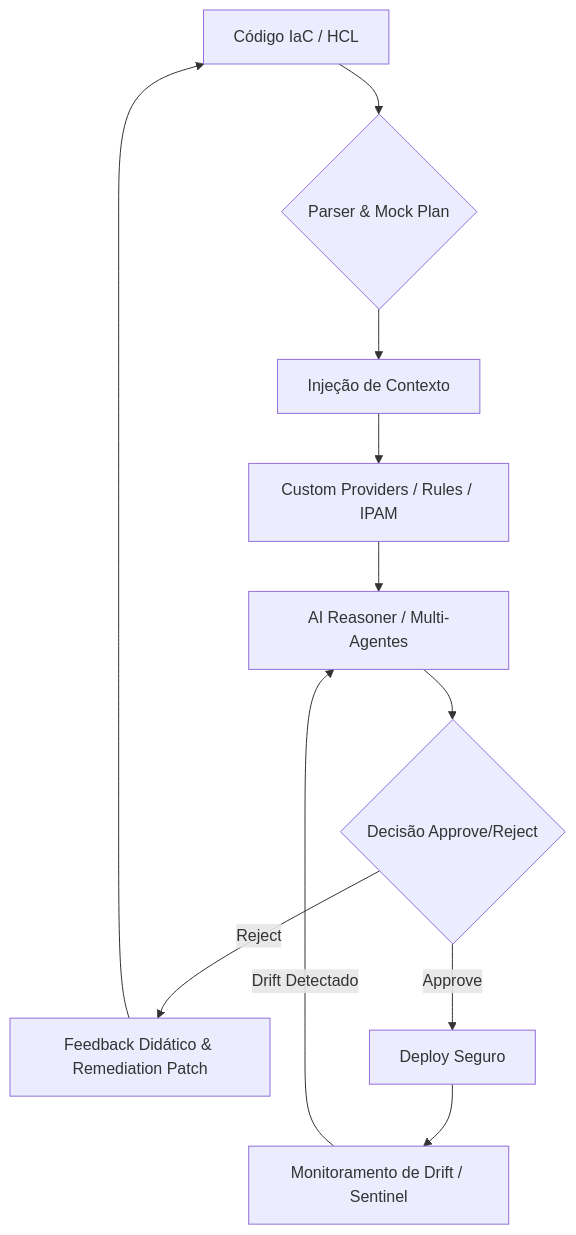
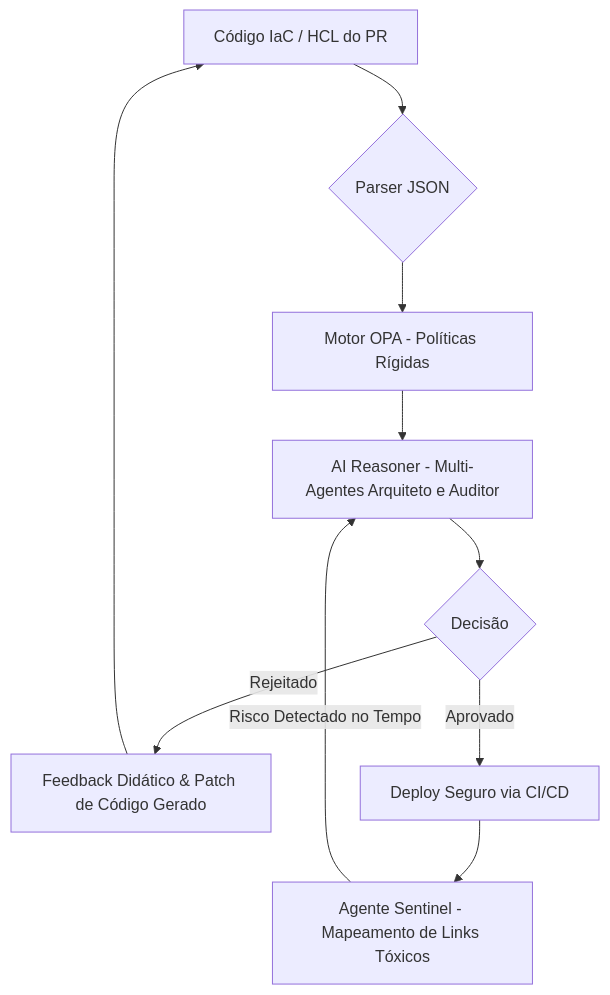
The third of 3 diagrams in README.md (govinda777/ia-iac-governor), drawn with Mermaid before and after one commit. The commit also changed other lines of this file and 1 other file, not shown here.

````diff
--- a/README.md
+++ b/README.md
@@ -40,13 +119,12 @@
 ```mermaid
 graph TD
-    A[Código IaC / HCL] --> B{Parser & Mock Plan}
-    B --> C[Injeção de Contexto]
-    C --> D[Custom Providers / Rules / IPAM]
-    D --> E[AI Reasoner / Multi-Agentes]
-    E --> F{Decisão Approve/Reject}
-    F -- Reject --> G[Feedback Didático & Remediation Patch]
-    G --> A
-    F -- Approve --> H[Deploy Seguro]
-    H --> I[Monitoramento de Drift / Sentinel]
-    I -- Drift Detectado --> E
+    A[Código IaC / HCL do PR] --> B{Parser JSON}
+    B --> C[Motor OPA - Políticas Rígidas]
+    C --> D[AI Reasoner - Multi-Agentes Arquiteto e Auditor]
+    D --> E{Decisão}
+    E -- Rejeitado --> F[Feedback Didático & Patch de Código Gerado]
+    F --> A
+    E -- Aprovado --> G[Deploy Seguro via CI/CD]
+    G --> H[Agente Sentinel - Mapeamento de Links Tóxicos]
+    H -- Risco Detectado no Tempo --> D
 ```
````
